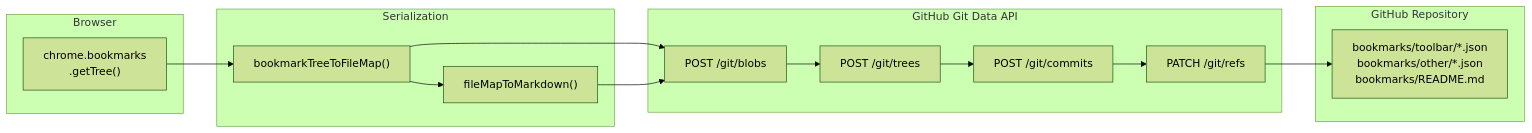
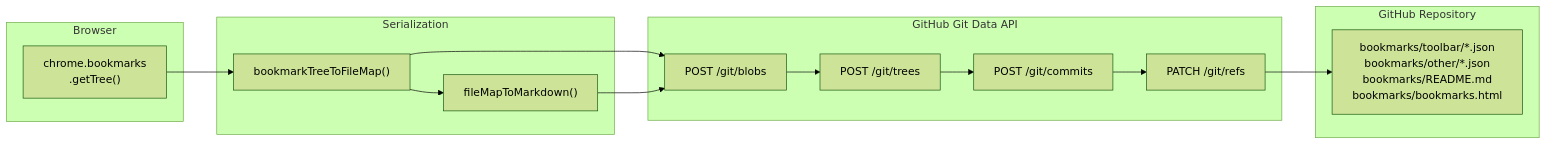
Before and after one commit to d0dg3r/GitSyncMarks: the first of 2 diagrams in docs/DATA-FLOW.md, drawn with Mermaid (forest theme). The commit also changed other lines of this file and 10 other files, not shown here.

First line of the commit message:
feat: add generated files options for README.md and bookmarks.html

````diff
--- a/docs/DATA-FLOW.md
+++ b/docs/DATA-FLOW.md
@@ -9,31 +9,31 @@
 ```mermaid
 flowchart LR
     subgraph Browser
         BM["chrome.bookmarks\n.getTree()"]
     end
 
     subgraph Serialization
         FM["bookmarkTreeToFileMap()"]
         MD["fileMapToMarkdown()"]
     end
 
     subgraph GitDataAPI["GitHub Git Data API"]
         Blobs["POST /git/blobs"]
         Tree["POST /git/trees"]
         Commit["POST /git/commits"]
         Ref["PATCH /git/refs"]
     end
 
     subgraph Repo["GitHub Repository"]
-        Files["bookmarks/toolbar/*.json\nbookmarks/other/*.json\nbookmarks/README.md"]
+        Files["bookmarks/toolbar/*.json\nbookmarks/other/*.json\nbookmarks/README.md\nbookmarks/bookmarks.html"]
     end
 
     BM --> FM
     FM --> MD
     FM --> Blobs
     MD --> Blobs
     Blobs --> Tree
     Tree --> Commit
     Commit --> Ref
     Ref --> Files
 ```
````
